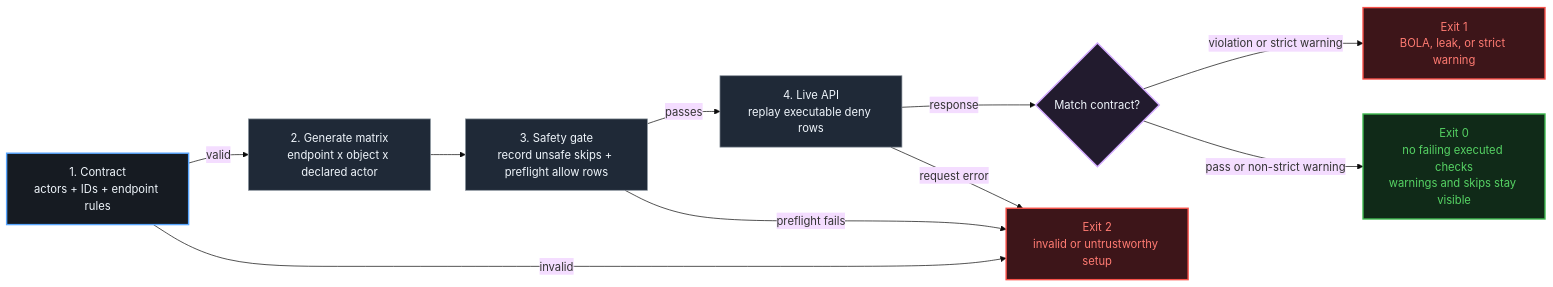
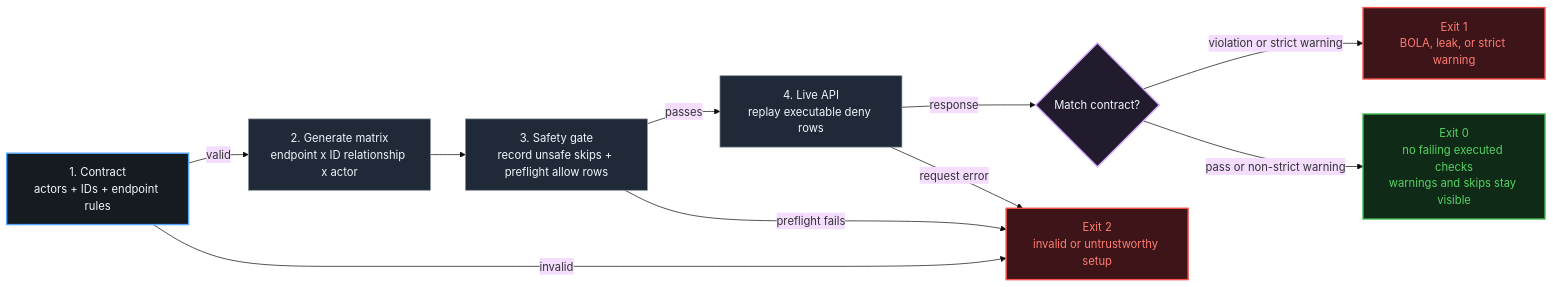
Before and after one commit to Asttr0/AuthzTrace: the diagram in README.md, drawn with Mermaid (base theme). The commit also changed other lines of this file and 15 other files, not shown here.

````diff
--- a/README.md
+++ b/README.md
@@ -25,34 +25,34 @@
 ```mermaid
 flowchart LR
     Contract["1. Contract<br/>actors + IDs + endpoint rules"]
-    Matrix["2. Generate matrix<br/>endpoint x object x declared actor"]
+    Matrix["2. Generate matrix<br/>endpoint x ID relationship x actor"]
     Safety["3. Safety gate<br/>record unsafe skips + preflight allow rows"]
     Replay["4. Live API<br/>replay executable deny rows"]
     Verdict{"Match contract?"}
 
     Setup["Exit 2<br/>invalid or untrustworthy setup"]
     Finding["Exit 1<br/>BOLA, leak, or strict warning"]
     Clean["Exit 0<br/>no failing executed checks<br/>warnings and skips stay visible"]
 
     Contract -->|valid| Matrix
     Contract -->|invalid| Setup
     Matrix --> Safety
     Safety -->|preflight fails| Setup
     Safety -->|passes| Replay
     Replay -->|request error| Setup
     Replay -->|response| Verdict
     Verdict -->|violation or strict warning| Finding
     Verdict -->|pass or non-strict warning| Clean
 
     classDef input fill:#161b22,stroke:#58a6ff,color:#f0f6fc,stroke-width:2px;
     classDef process fill:#1f2937,stroke:#8b949e,color:#f0f6fc;
     classDef decision fill:#221b2e,stroke:#d2a8ff,color:#f0f6fc,stroke-width:2px;
     classDef failure fill:#3d1519,stroke:#f85149,color:#ff7b72,stroke-width:2px;
     classDef success fill:#102a18,stroke:#3fb950,color:#56d364,stroke-width:2px;
 
     class Contract input;
     class Matrix,Safety,Replay process;
     class Verdict decision;
     class Setup,Finding failure;
     class Clean success;
 ```
````
